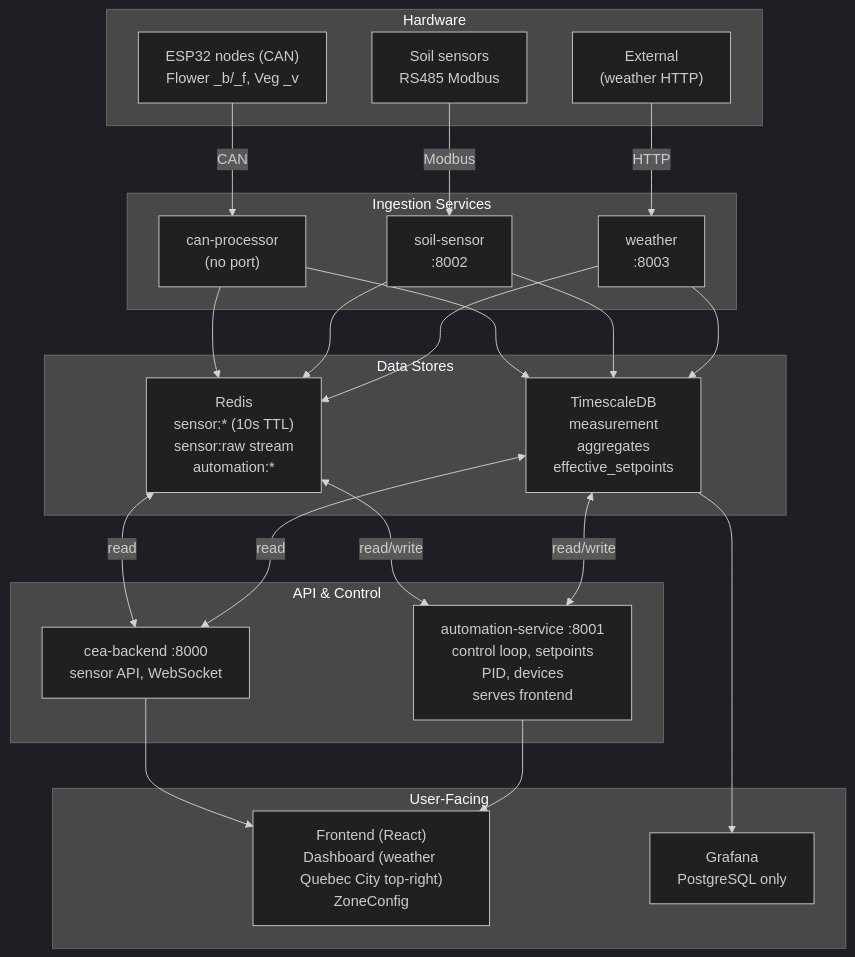
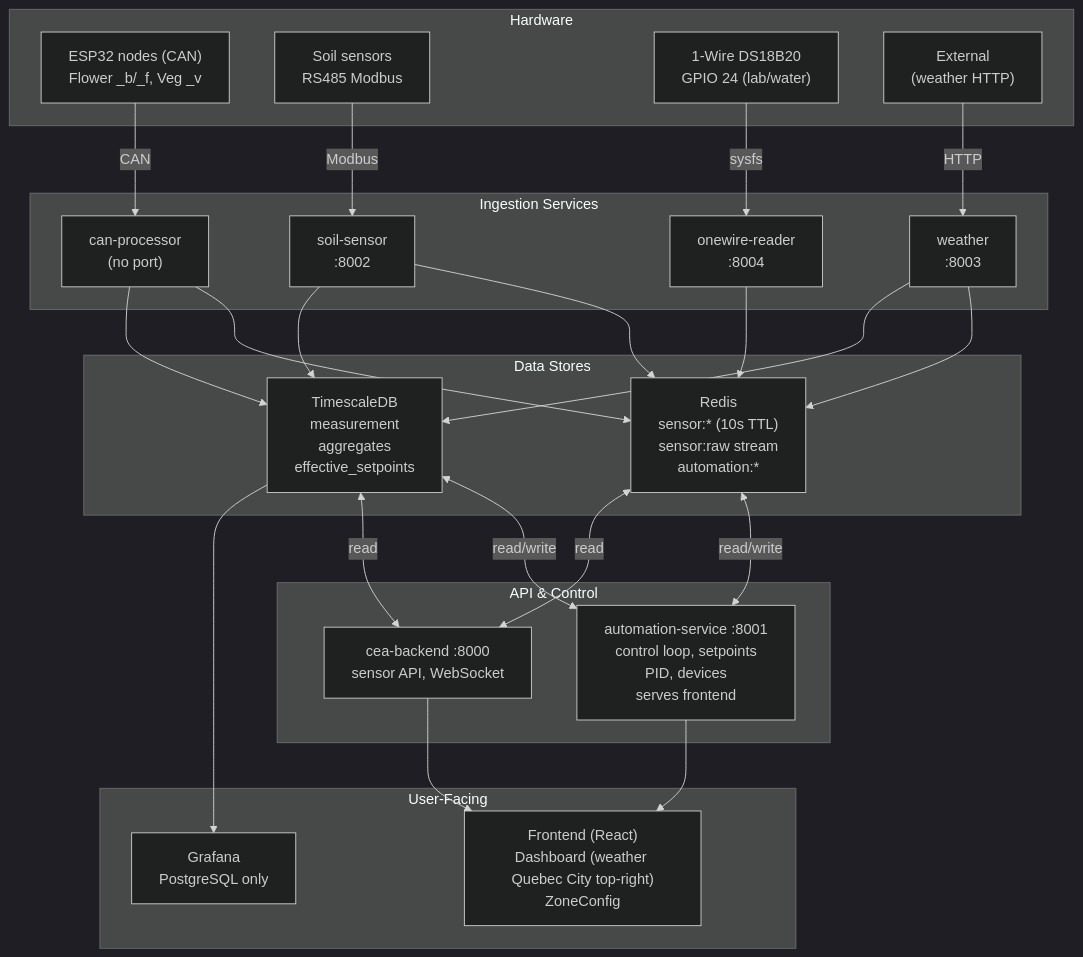
Before and after one commit to Phoenix5595/ProjectCEA: the first of 2 diagrams in ARCHITECTURE_SCHEMATIC.md, drawn with Mermaid (dark theme). The commit also changed other lines of this file and 22 other files, not shown here.

First line of the commit message:
feat: 1-Wire DS18B20 lab/water temp integration

````diff
--- a/ARCHITECTURE_SCHEMATIC.md
+++ b/ARCHITECTURE_SCHEMATIC.md
@@ -20,49 +20,53 @@
 ```mermaid
 flowchart TB
   subgraph HARDWARE["Hardware"]
     ESP32["ESP32 nodes (CAN)\nFlower _b/_f, Veg _v"]
     SOIL["Soil sensors\nRS485 Modbus"]
+    W1["1-Wire DS18B20\nGPIO 24 (lab/water)"]
     EXT["External\n(weather HTTP)"]
   end
 
   subgraph INGEST["Ingestion Services"]
     CAN["can-processor\n(no port)"]
     SOIL_SVC["soil-sensor\n:8002"]
+    OW["onewire-reader\n:8004"]
     WX["weather\n:8003"]
   end
 
   subgraph STORE["Data Stores"]
     REDIS["Redis\nsensor:* (10s TTL)\nsensor:raw stream\nautomation:*"]
     TSDB["TimescaleDB\nmeasurement\naggregates\neffective_setpoints"]
   end
 
   subgraph API["API & Control"]
     BACK["cea-backend :8000\nsensor API, WebSocket"]
     AUTO["automation-service :8001\ncontrol loop, setpoints\nPID, devices\nserves frontend"]
   end
 
   subgraph UI["User-Facing"]
     FE["Frontend (React)\nDashboard (weather Quebec City top-right)\nZoneConfig"]
     GRAF["Grafana\nPostgreSQL only"]
   end
 
   ESP32 -->|CAN| CAN
   SOIL -->|Modbus| SOIL_SVC
+  W1 -->|sysfs| OW
   EXT -->|HTTP| WX
 
   CAN --> REDIS
   CAN --> TSDB
   SOIL_SVC --> REDIS
   SOIL_SVC --> TSDB
+  OW --> REDIS
   WX --> REDIS
   WX --> TSDB
 
   REDIS <-->|read/write| AUTO
   TSDB <-->|read/write| AUTO
   REDIS <-->|read| BACK
   TSDB <-->|read| BACK
 
   BACK --> FE
   AUTO --> FE
   TSDB --> GRAF
 ```
````
